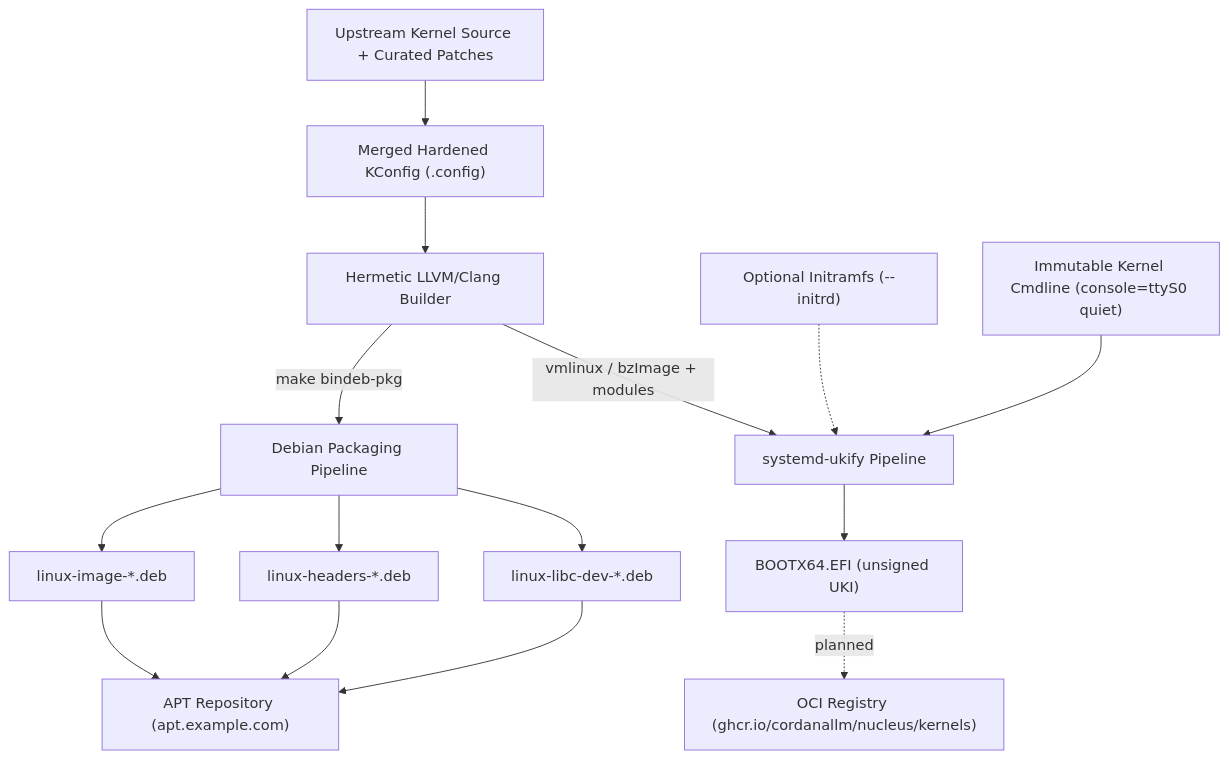
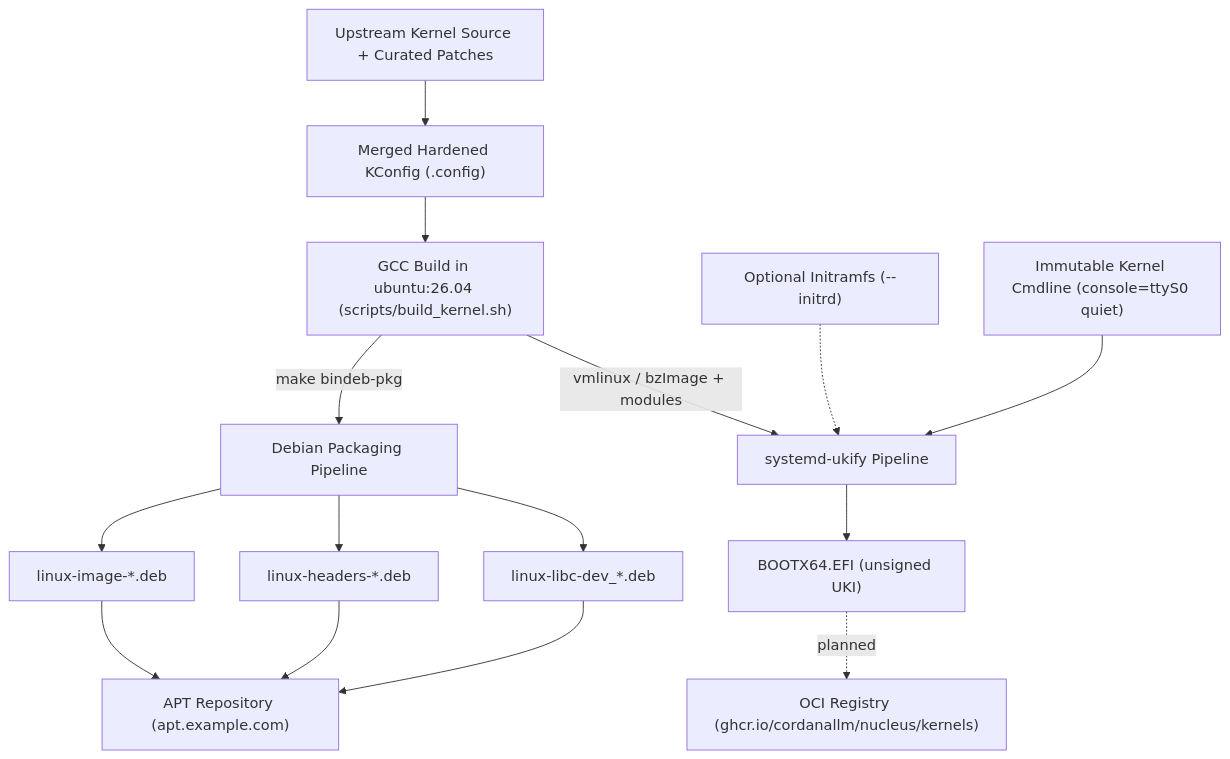
The diagram in docs/packaging.md (cordanaLLM/nucleus), drawn with Mermaid before and after one commit. The commit also changed other lines of this file and 32 other files, not shown here.

````diff
--- a/docs/packaging.md
+++ b/docs/packaging.md
@@ -21,22 +25,22 @@
 ```mermaid
 flowchart TD
     SRC["Upstream Kernel Source + Curated Patches"] --> KCONF["Merged Hardened KConfig (.config)"]
-    KCONF --> BUILD["Hermetic LLVM/Clang Builder"]
+    KCONF --> BUILD["GCC Build in ubuntu:26.04 (scripts/build_kernel.sh)"]
 
     BUILD -->|"make bindeb-pkg"| DEB_STAGE["Debian Packaging Pipeline"]
     DEB_STAGE --> DEB_IMG["linux-image-*.deb"]
     DEB_STAGE --> DEB_HDR["linux-headers-*.deb"]
-    DEB_STAGE --> DEB_DEV["linux-libc-dev-*.deb"]
+    DEB_STAGE --> DEB_DEV["linux-libc-dev_*.deb"]
 
     BUILD -->|"vmlinux / bzImage + modules"| UKI_STAGE["systemd-ukify Pipeline"]
     INITRD["Optional Initramfs (--initrd)"] -.-> UKI_STAGE
     CMDLINE["Immutable Kernel Cmdline (console=ttyS0 quiet)"] --> UKI_STAGE
 
     UKI_STAGE --> UKI_BIN["BOOTX64.EFI (unsigned UKI)"]
 
     DEB_IMG --> APT_REPO["APT Repository (apt.example.com)"]
     DEB_HDR --> APT_REPO
     DEB_DEV --> APT_REPO
 
     UKI_BIN -.->|"planned"| OCI_REG["OCI Registry (ghcr.io/cordanallm/nucleus/kernels)"]
 ```
````
